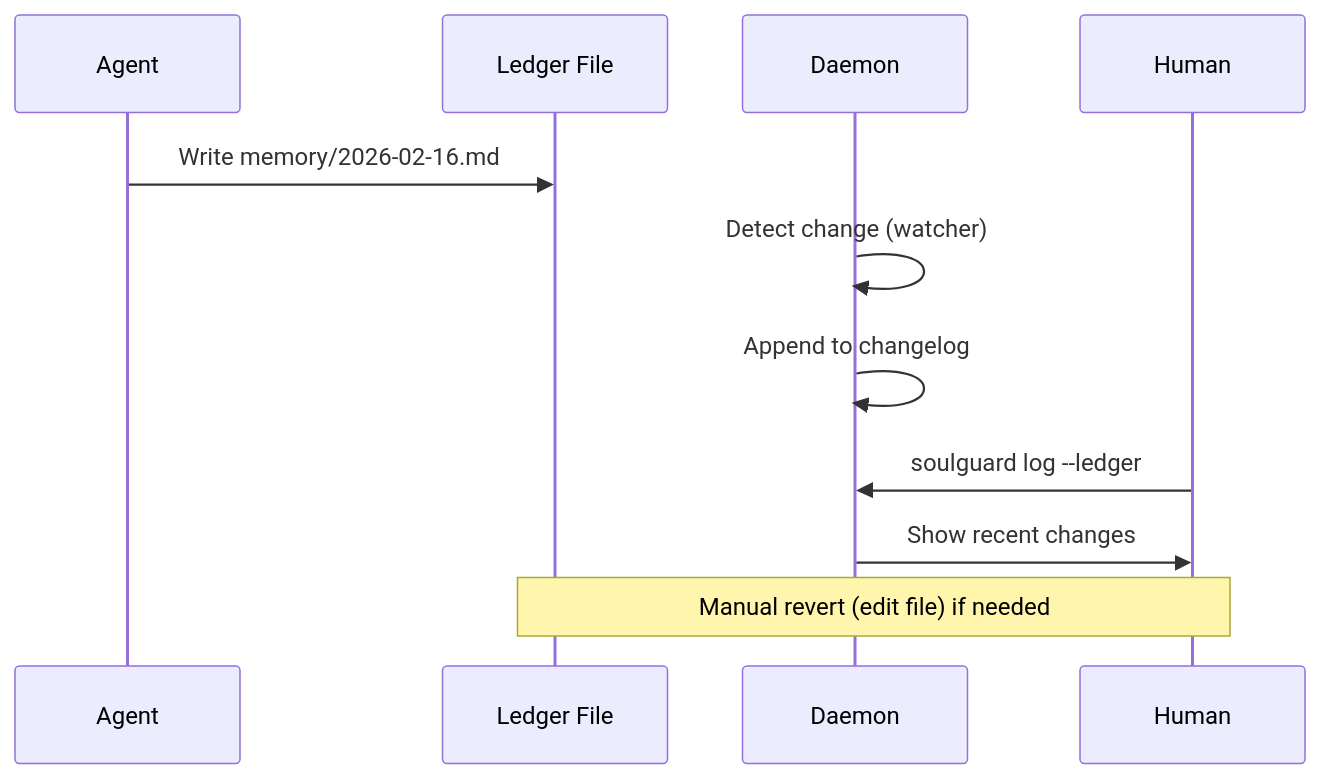
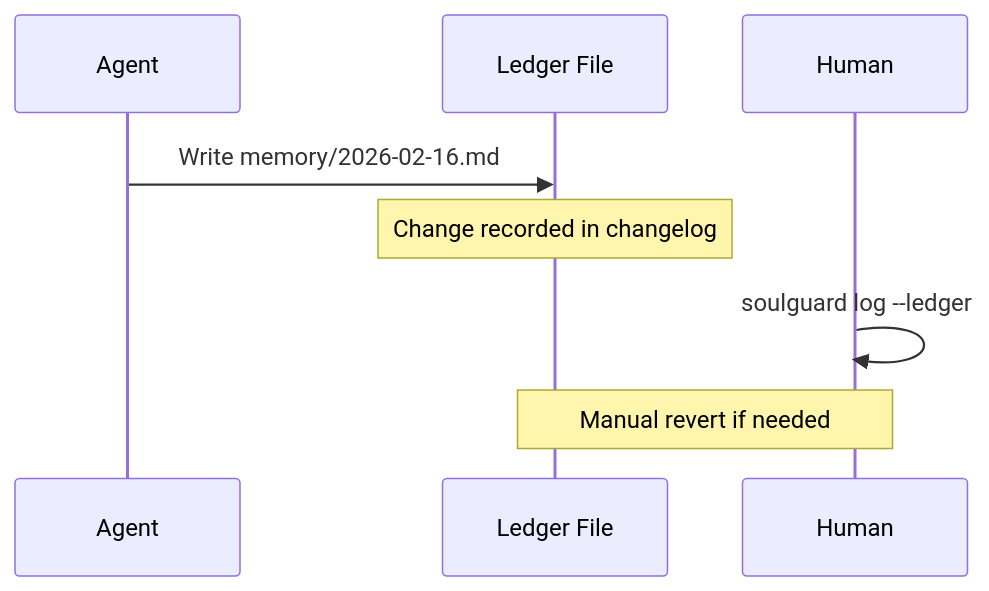
Before and after one commit to Mirascope/soulguard: the third of 3 diagrams in DESIGN.md, drawn with Mermaid. The commit also changed other lines of this file and 7 other files, not shown here.

````diff
--- a/DESIGN.md
+++ b/DESIGN.md
@@ -342,14 +272,11 @@
 ```mermaid
 sequenceDiagram
     participant A as Agent
     participant L as Ledger File
-    participant D as Daemon
     participant H as Human
 
     A->>L: Write memory/2026-02-16.md
-    D->>D: Detect change (watcher)
-    D->>D: Append to changelog
-    H->>D: soulguard log --ledger
-    D->>H: Show recent changes
-    Note over H,L: Manual revert (edit file) if needed
+    Note over L: Change recorded in changelog
+    H->>H: soulguard log --ledger
+    Note over H,L: Manual revert if needed
 ```
````
